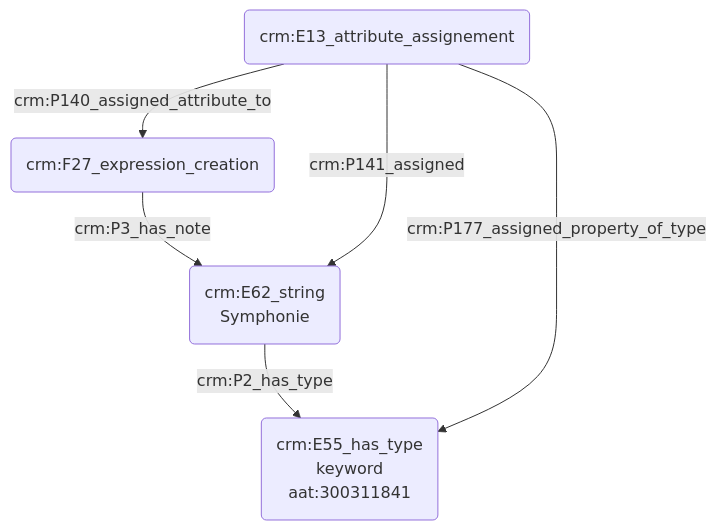
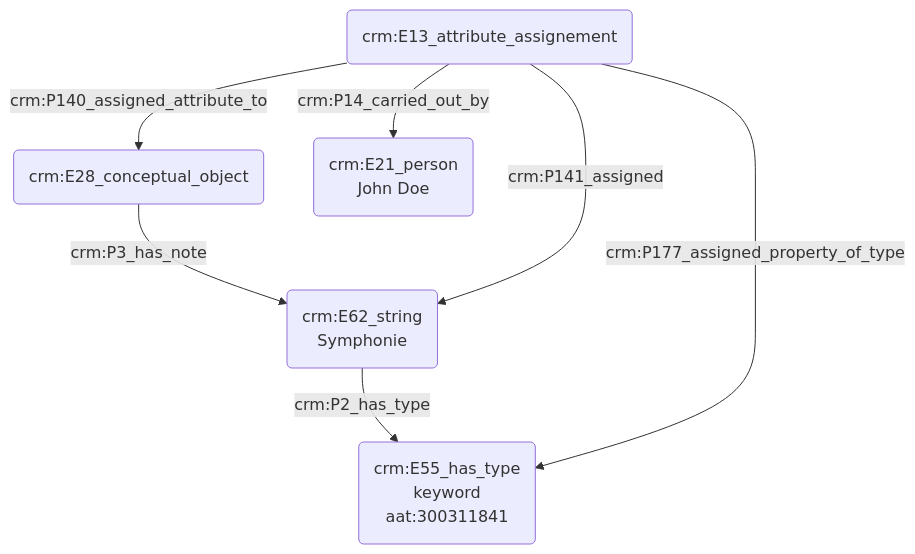
Before and after one commit to Amleth/consortium-musica2-gt2-ontologies: the diagram in modules/livrables/Dossier 2/Indexation conceptuelle/indexation d'une source avec un mot-clé.md, drawn with Mermaid.

Commit message:
Update indexation d'une source avec un mot-clé.md

````diff
--- a/modules/livrables/Dossier 2/Indexation conceptuelle/indexation d'une source avec un mot-clé.md
+++ b/modules/livrables/Dossier 2/Indexation conceptuelle/indexation d'une source avec un mot-clé.md
@@ -11,11 +11,12 @@
 ```mermaid
 graph TD;
 
-A(crm:F27_expression_creation) --> |crm:P3_has_note| B(crm:E62_string<br>Symphonie)
+A(crm:E28_conceptual_object) --> |crm:P3_has_note| B(crm:E62_string<br>Symphonie)
 B(crm:E62_string<br>Symphonie) --> |crm:P2_has_type| C(crm:E55_has_type<br>keyword<br>aat:300311841)
 
-D(crm:E13_attribute_assignement) --> |crm:P140_assigned_attribute_to| A(crm:F27_expression_creation)
+D(crm:E13_attribute_assignement) --> |crm:P140_assigned_attribute_to| A(crm:E28_conceptual_object)
 D(crm:E13_attribute_assignement) --> |crm:P141_assigned| B(crm:E62_string<br>Symphonie)
 D(crm:E13_attribute_assignement) --> |crm:P177_assigned_property_of_type| C(crm:E55_has_type<br>keyword<br>aat:300311841)
+D(crm:E13_attribute_assignement) --> |crm:P14_carried_out_by| F(crm:E21_person<br>John Doe)
 
 ```
````
